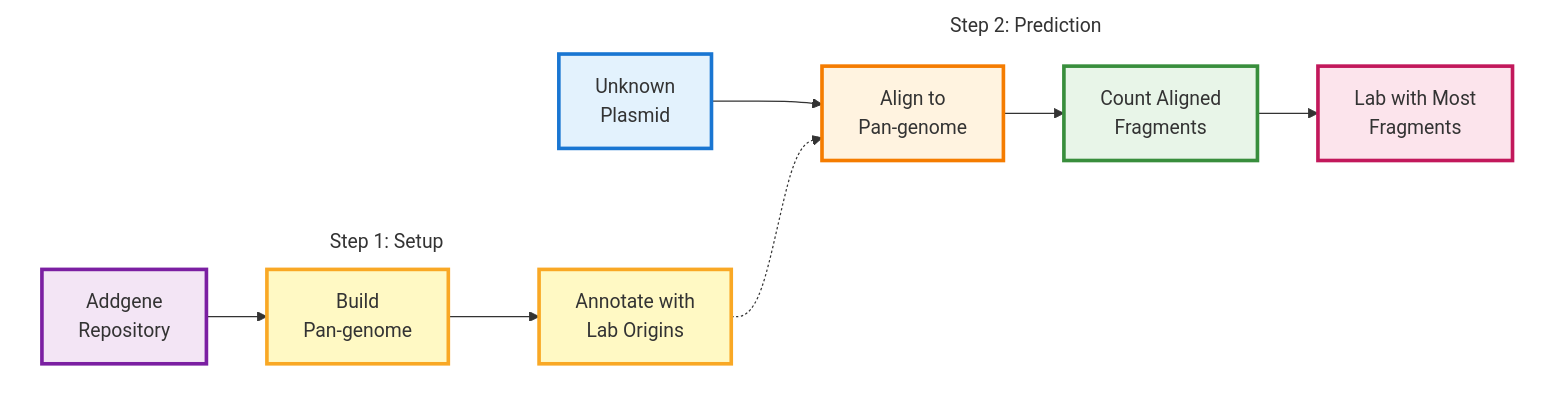
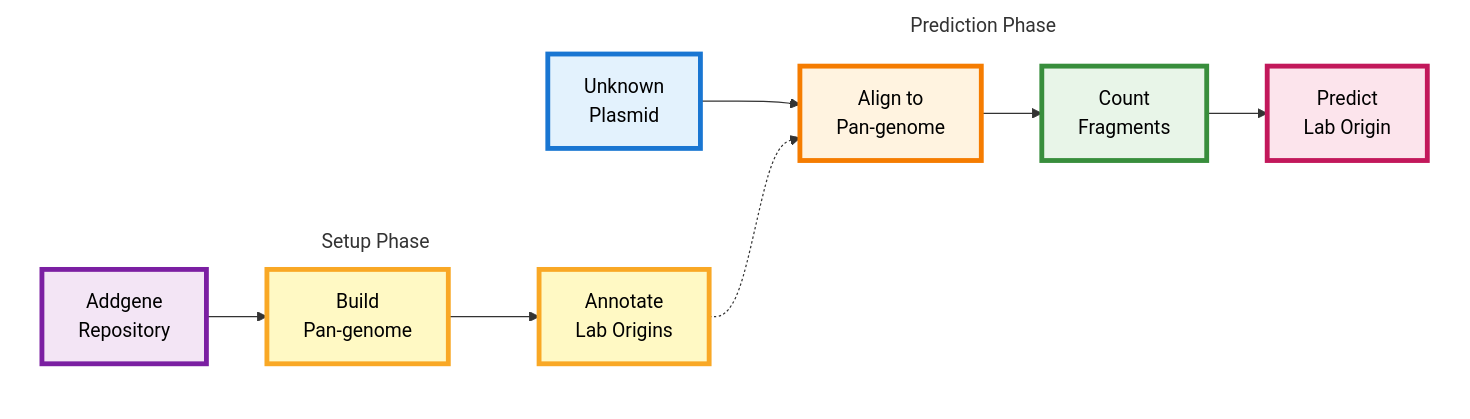
Before and after one commit to mastoffel/blog: the third of 3 diagrams in posts/gea/index.qmd, drawn with Mermaid. The commit also changed other lines of this file and 2 other files, not shown here.

````diff
--- a/posts/gea/index.qmd
+++ b/posts/gea/index.qmd
@@ -80,25 +87,32 @@
 ```{mermaid}
 %%| label: fig-plasmidHawk
 %%| fig-cap: Wang et al. PlasmidHawk Pipeline for Lab-of-Origin Prediction
 
 flowchart LR
-    subgraph S1 ["Step 1: Setup"]
-        E["Addgene<br/>Repository"] --> F["Build<br/>Pan-genome"] --> G["Annotate with<br/>Lab Origins"]
+    subgraph S1 ["Setup Phase"]
+        E["Addgene<br/>Repository"] 
+        F["Build<br/>Pan-genome"] 
+        G["Annotate<br/>Lab Origins"]
+        E --> F --> G
     end
     
-    subgraph S2 ["Step 2: Prediction"]
-        A["Unknown<br/>Plasmid"] --> B["Align to<br/>Pan-genome"] --> C["Count Aligned<br/>Fragments"] --> D["Lab with Most<br/>Fragments"]
+    subgraph S2 ["Prediction Phase"]
+        A["Unknown<br/>Plasmid"] 
+        B["Align to<br/>Pan-genome"] 
+        C["Count<br/>Fragments"] 
+        D["Predict<br/>Lab Origin"]
+        A --> B --> C --> D
     end
     
     G -.-> B
     
     style S1 fill:none,stroke:none
     style S2 fill:none,stroke:none
-    style E fill:#f3e5f5,stroke:#7b1fa2,stroke-width:3px
-    style F fill:#fff9c4,stroke:#f9a825,stroke-width:3px
-    style G fill:#fff9c4,stroke:#f9a825,stroke-width:3px
-    style A fill:#e3f2fd,stroke:#1976d2,stroke-width:3px
-    style B fill:#fff3e0,stroke:#f57c00,stroke-width:3px
-    style C fill:#e8f5e8,stroke:#388e3c,stroke-width:3px
-    style D fill:#fce4ec,stroke:#c2185b,stroke-width:3px
+    style E fill:#f3e5f5,stroke:#7b1fa2,stroke-width:4px,color:#000
+    style F fill:#fff9c4,stroke:#f9a825,stroke-width:4px,color:#000
+    style G fill:#fff9c4,stroke:#f9a825,stroke-width:4px,color:#000
+    style A fill:#e3f2fd,stroke:#1976d2,stroke-width:4px,color:#000
+    style B fill:#fff3e0,stroke:#f57c00,stroke-width:4px,color:#000
+    style C fill:#e8f5e8,stroke:#388e3c,stroke-width:4px,color:#000
+    style D fill:#fce4ec,stroke:#c2185b,stroke-width:4px,color:#000
 ```
````
